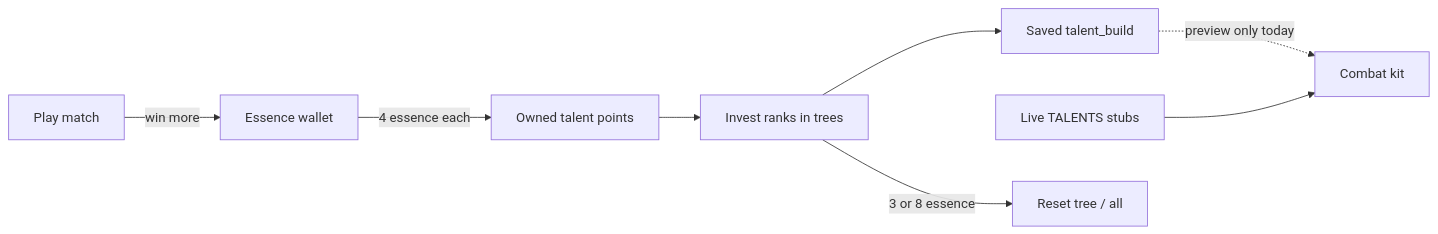
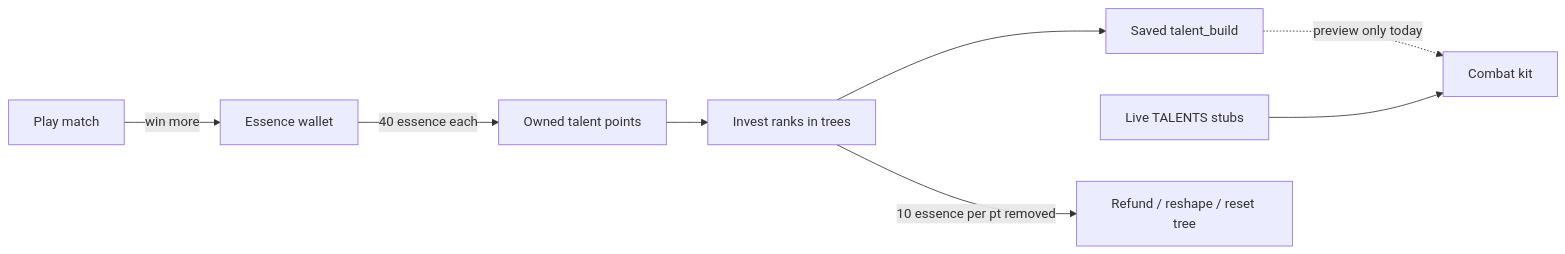
Before and after one commit to Parader/battlebeasts: the diagram in docs/talents-and-progression.md, drawn with Mermaid. The commit also changed other lines of this file and 96 other files, not shown here.

````diff
--- a/docs/talents-and-progression.md
+++ b/docs/talents-and-progression.md
@@ -60,10 +49,10 @@
 ```mermaid
 flowchart LR
   Match[Play match] -->|win more| Essence[Essence wallet]
-  Essence -->|4 essence each| Owned[Owned talent points]
+  Essence -->|40 essence each| Owned[Owned talent points]
   Owned --> Invest[Invest ranks in trees]
   Invest --> Build[Saved talent_build]
   Build -.->|preview only today| Combat[Combat kit]
   LiveStubs[Live TALENTS stubs] --> Combat
-  Invest -->|3 or 8 essence| Reset[Reset tree / all]
+  Invest -->|10 essence per pt removed| Respec[Refund / reshape / reset tree]
 ```
````
